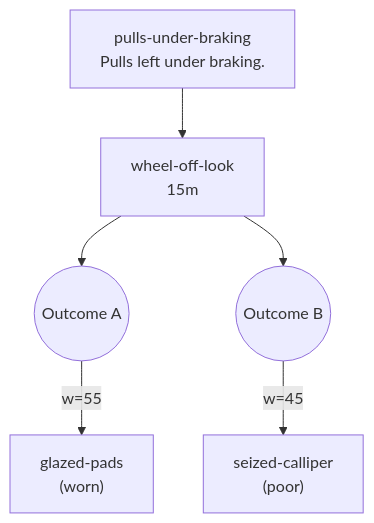
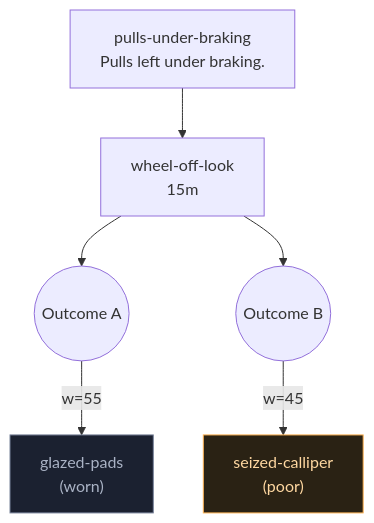
The seventh of 17 diagrams in docs/design/failure-map.generated.md (DashDev151/midnight_garage), drawn with Mermaid before and after one commit. The commit also changed other lines of this file and 24 other files, not shown here.

````diff
--- a/docs/design/failure-map.generated.md
+++ b/docs/design/failure-map.generated.md
@@ -303,12 +317,16 @@
 ```mermaid
 flowchart TD
   SYM_pulls_under_braking["pulls-under-braking<br/>Pulls left under braking."]
   T_wheel_off_look["wheel-off-look<br/>15m"]
   SYM_pulls_under_braking --> T_wheel_off_look
   T_wheel_off_look --> T_wheel_off_look_G0(("Outcome A"))
-  FM_glazed_pads["glazed-pads<br/>(worn)"]
+  FM_glazed_pads["glazed-pads<br/>(worn)"]:::mild
   T_wheel_off_look_G0 -->|"w=55"| FM_glazed_pads
   T_wheel_off_look --> T_wheel_off_look_G1(("Outcome B"))
-  FM_seized_calliper["seized-calliper<br/>(poor)"]
+  FM_seized_calliper["seized-calliper<br/>(poor)"]:::mid
   T_wheel_off_look_G1 -->|"w=45"| FM_seized_calliper
+  classDef grenade fill:#2a1420,stroke:#ff5470,color:#ff9db0
+  classDef gem fill:#14261b,stroke:#7ed491,color:#a9e8bb
+  classDef mid fill:#2a2214,stroke:#ffb454,color:#ffd8a1
+  classDef mild fill:#1b2130,stroke:#79839a,color:#aab3c5
 ```
````
